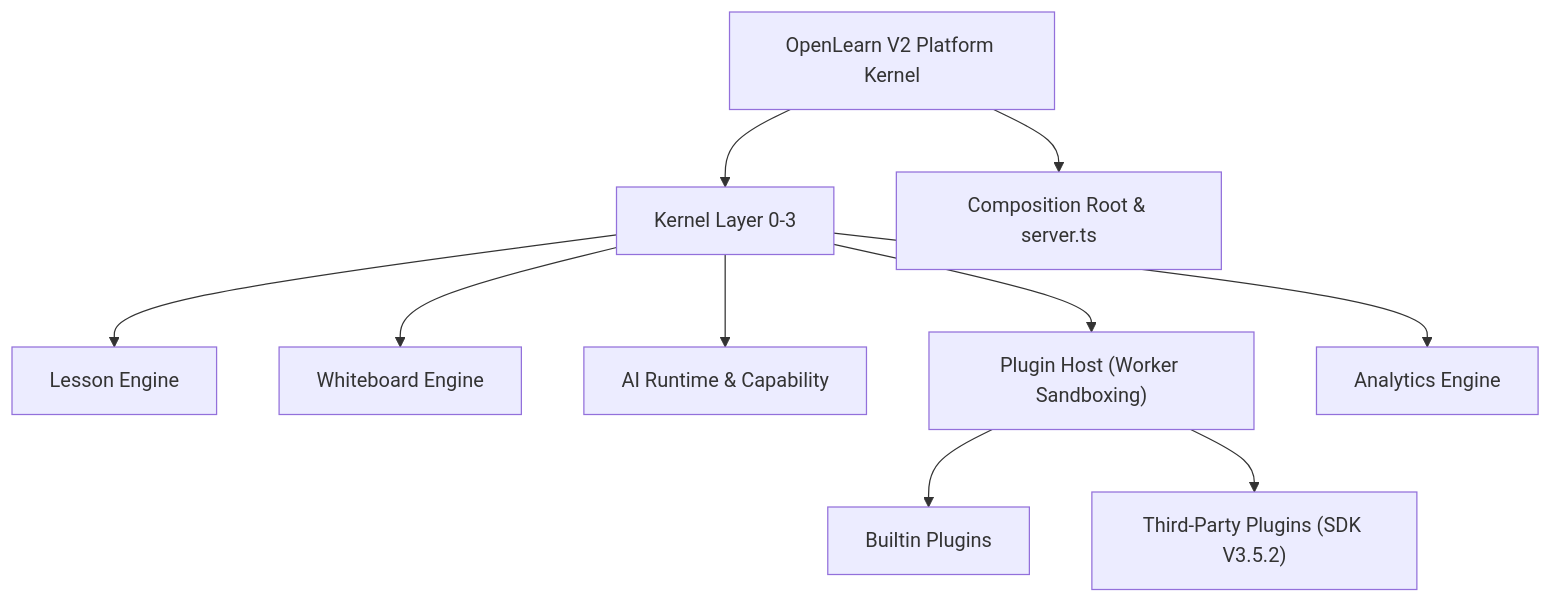
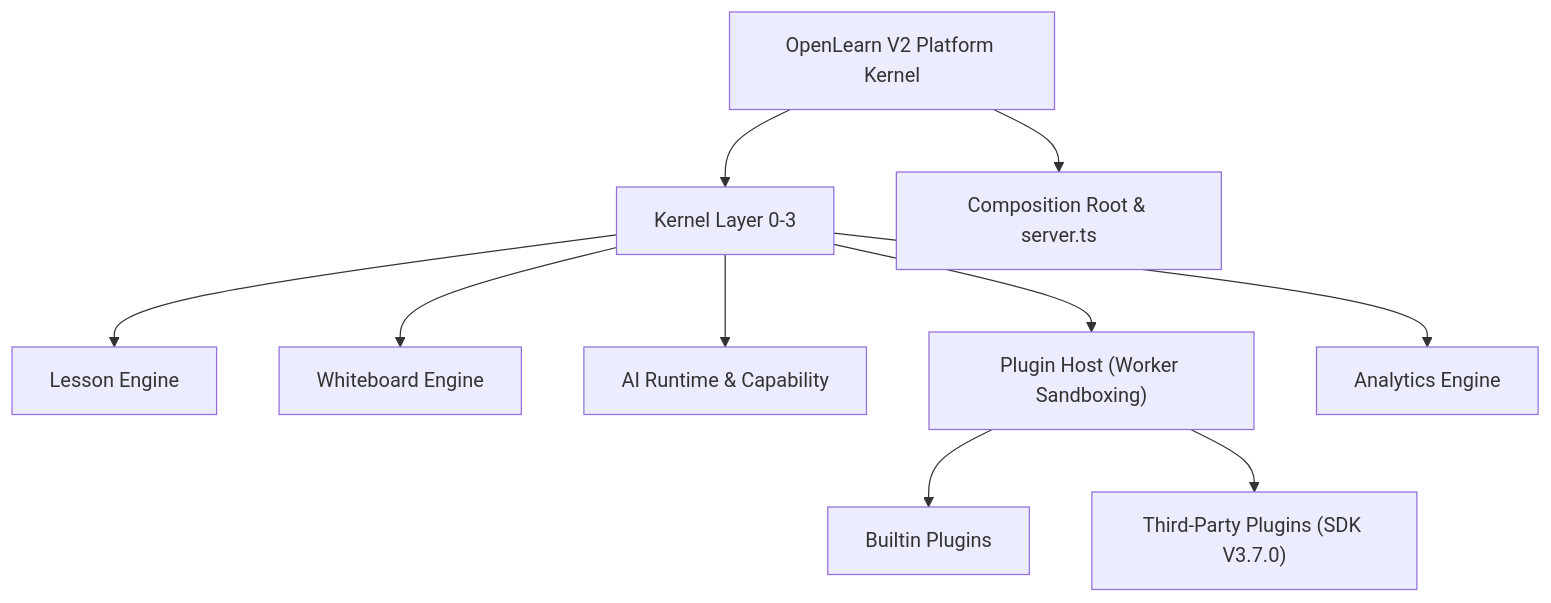
Before and after one commit to aymwoo/OpenLearn-Next-V2: the diagram in docs/getting-started/overview.md, drawn with Mermaid. The commit also changed other lines of this file and 30 other files, not shown here.

````diff
--- a/docs/getting-started/overview.md
+++ b/docs/getting-started/overview.md
@@ -65,14 +65,14 @@
 ```mermaid
 graph TD
     A["OpenLearn V2 Platform Kernel"] --> B["Kernel Layer 0-3"]
     A --> C["Composition Root & server.ts"]
 
     B --> D["Lesson Engine"]
     B --> E["Whiteboard Engine"]
     B --> F["AI Runtime & Capability"]
     B --> G["Plugin Host (Worker Sandboxing)"]
     B --> H["Analytics Engine"]
 
     G --> I["Builtin Plugins"]
-    G --> J["Third-Party Plugins (SDK V3.5.2)"]
+    G --> J["Third-Party Plugins (SDK V3.7.0)"]
 ```
````
